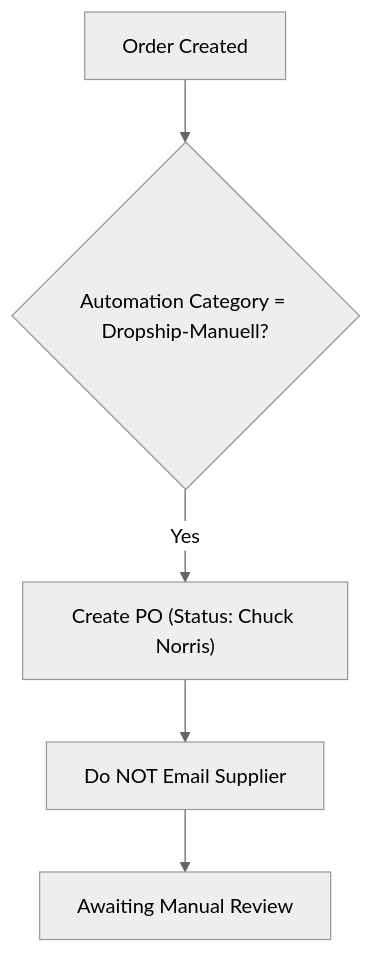
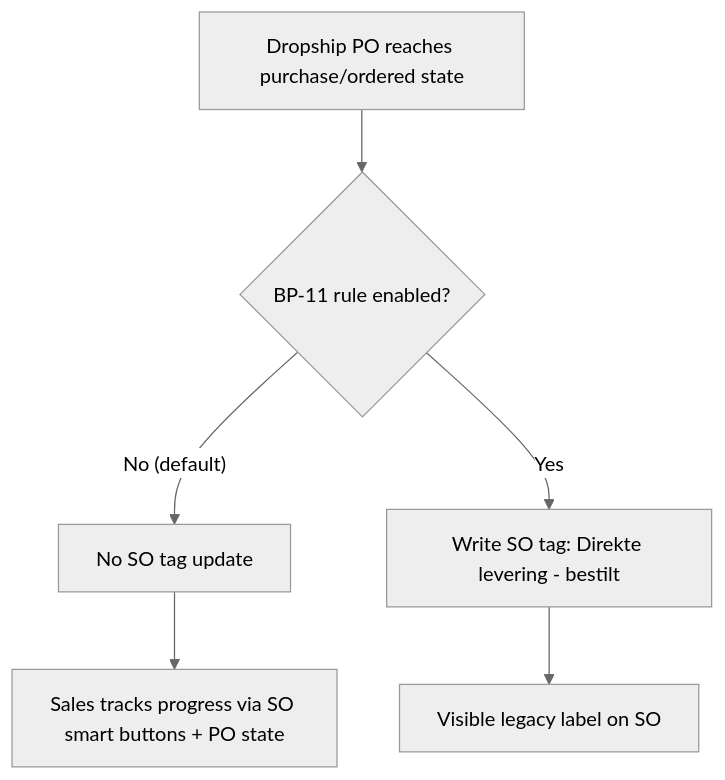
Before and after one commit to ozan-droid/documents: diagram 11 of 15 in bp-automations.md, drawn with Mermaid (neutral theme). The commit also changed other lines of this file, not shown here.

````diff
--- a/bp-automations.md
+++ b/bp-automations.md
@@ -224,7 +286,8 @@
 ```mermaid
 graph TD
-    A["Order Created"] --> B{"Automation Category = Dropship-Manuell?"}
-    B -- Yes --> C["Create PO (Status: Chuck Norris)"]
-    C --> D["Do NOT Email Supplier"]
-    D --> E["Awaiting Manual Review"]
+    A["Dropship PO reaches purchase/ordered state"] --> B{"BP-11 rule enabled?"}
+    B -- No (default) --> C["No SO tag update"]
+    C --> D["Sales tracks progress via SO smart buttons + PO state"]
+    B -- Yes --> E["Write SO tag: Direkte levering - bestilt"]
+    E --> F["Visible legacy label on SO"]
 ```
````
